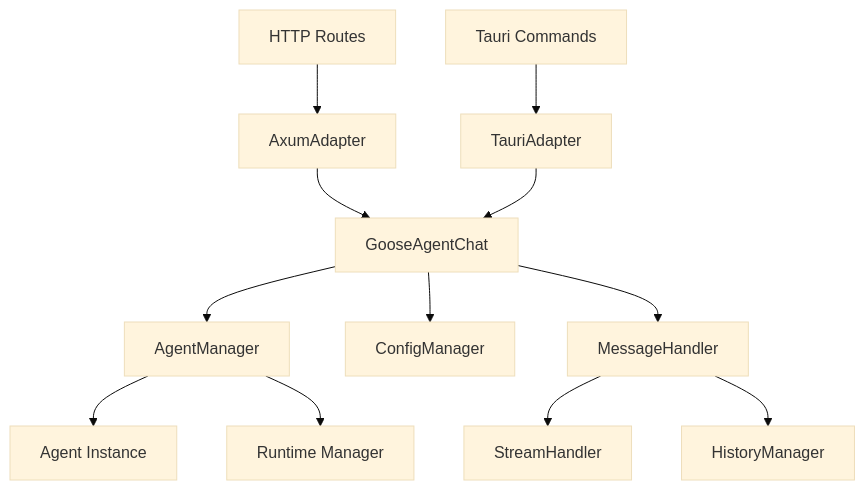
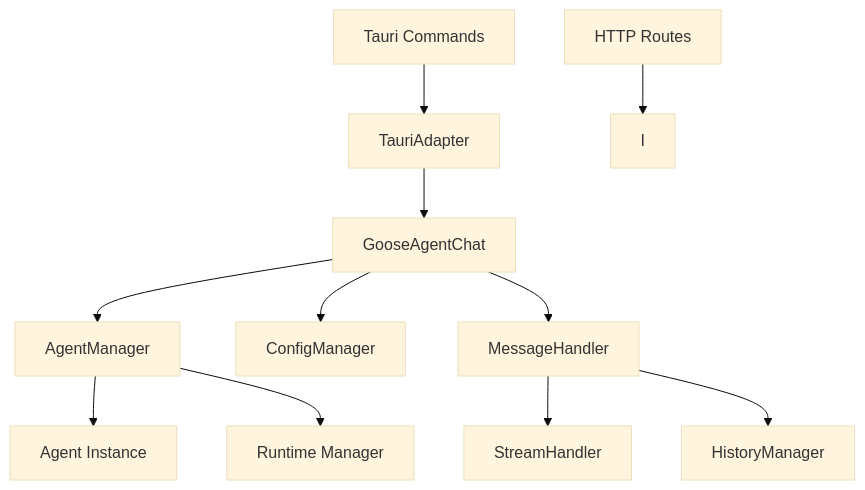
Before and after one commit to sternelee/tauri-axum-iroh-agent: the diagram in .kiro/specs/goose-agent-chat/design.md, drawn with Mermaid (base theme). The commit also changed other lines of this file and 13 other files, not shown here.

````diff
--- a/.kiro/specs/goose-agent-chat/design.md
+++ b/.kiro/specs/goose-agent-chat/design.md
@@ -13,18 +13,17 @@
 ```mermaid
 graph TB
     A[GooseAgentChat] --> B[AgentManager]
     A --> C[ConfigManager]
     A --> D[MessageHandler]
     
     B --> E[Agent Instance]
     B --> F[Runtime Manager]
     
     D --> G[StreamHandler]
     D --> H[HistoryManager]
     
-    I[AxumAdapter] --> A
     J[TauriAdapter] --> A
     
     K[HTTP Routes] --> I
     L[Tauri Commands] --> J
 ```
````
